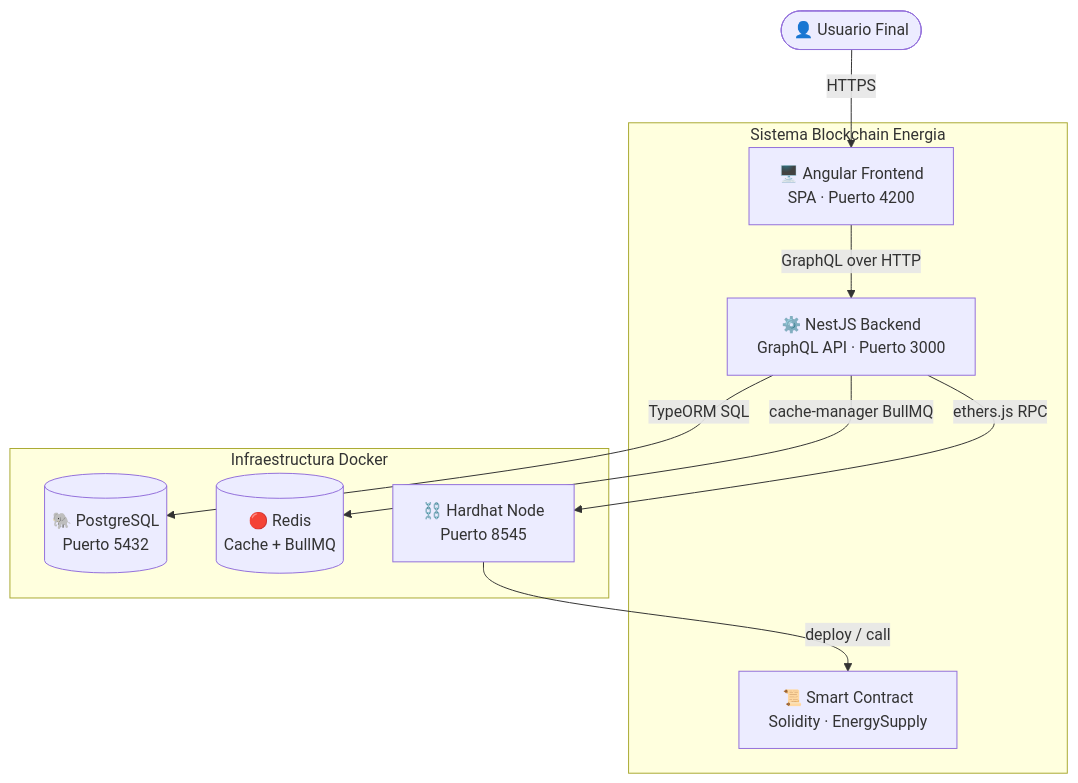
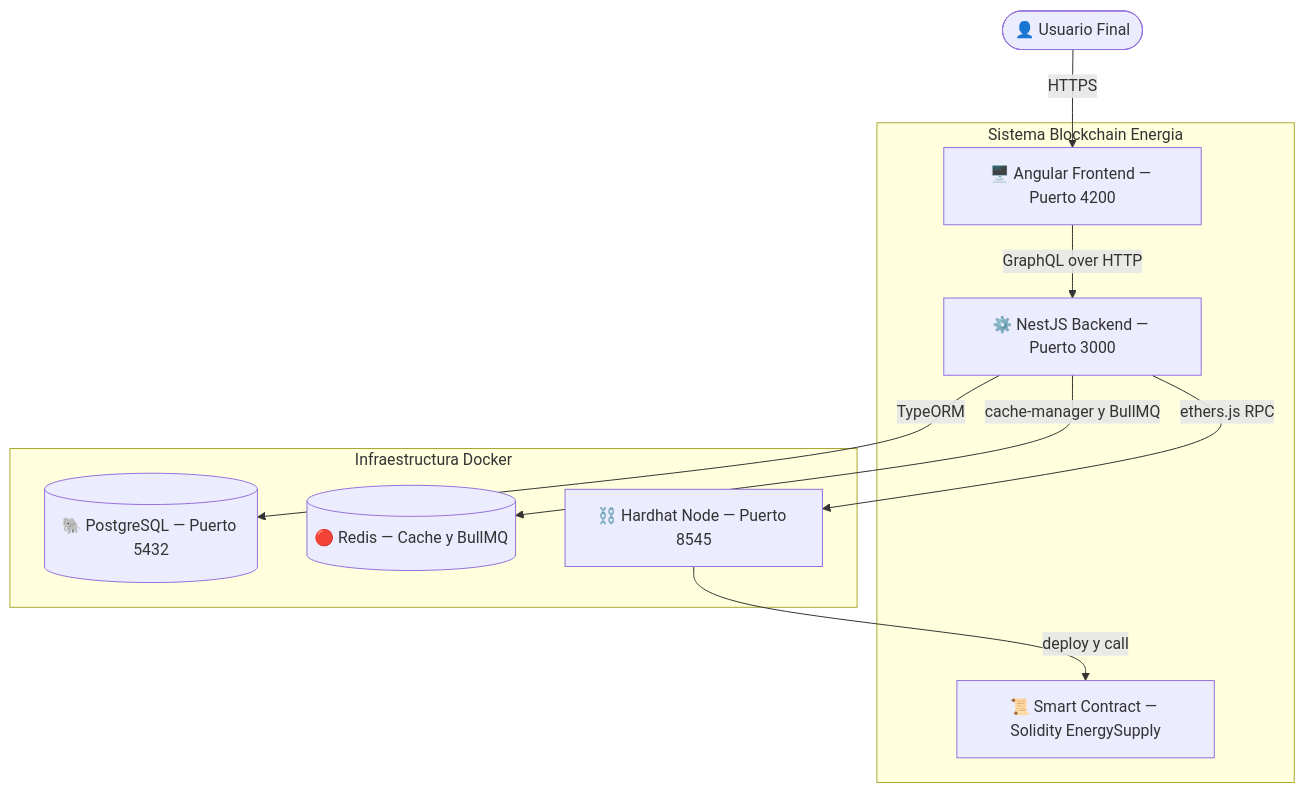
The first of 3 diagrams in README.md (desideriodr/blockchain-energia), drawn with Mermaid before and after one commit. The commit also changed other lines of this file, not shown here.

````diff
--- a/README.md
+++ b/README.md
@@ -46,20 +37,23 @@
 ```mermaid
 graph TB
     U(["👤 Usuario Final"])
+
     subgraph SIS["Sistema Blockchain Energia"]
-        FE["🖥️ Angular Frontend\nSPA · Puerto 4200"]
-        BE["⚙️ NestJS Backend\nGraphQL API · Puerto 3000"]
-        SC["📜 Smart Contract\nSolidity · EnergySupply"]
+        FE["🖥️ Angular Frontend — Puerto 4200"]
+        BE["⚙️ NestJS Backend — Puerto 3000"]
+        SC["📜 Smart Contract — Solidity EnergySupply"]
     end
+
     subgraph INF["Infraestructura Docker"]
-        PG[("🐘 PostgreSQL\nPuerto 5432")]
-        RD[("🔴 Redis\nCache + BullMQ")]
-        HH["⛓️ Hardhat Node\nPuerto 8545"]
+        PG[("🐘 PostgreSQL — Puerto 5432")]
+        RD[("🔴 Redis — Cache y BullMQ")]
+        HH["⛓️ Hardhat Node — Puerto 8545"]
     end
-    U -->|"HTTPS"| FE
-    FE -->|"GraphQL over HTTP"| BE
-    BE -->|"TypeORM SQL"| PG
-    BE -->|"cache-manager BullMQ"| RD
-    BE -->|"ethers.js RPC"| HH
-    HH -->|"deploy / call"| SC
+
+    U -->|HTTPS| FE
+    FE -->|GraphQL over HTTP| BE
+    BE -->|TypeORM| PG
+    BE -->|cache-manager y BullMQ| RD
+    BE -->|ethers.js RPC| HH
+    HH -->|deploy y call| SC
 ```
````
